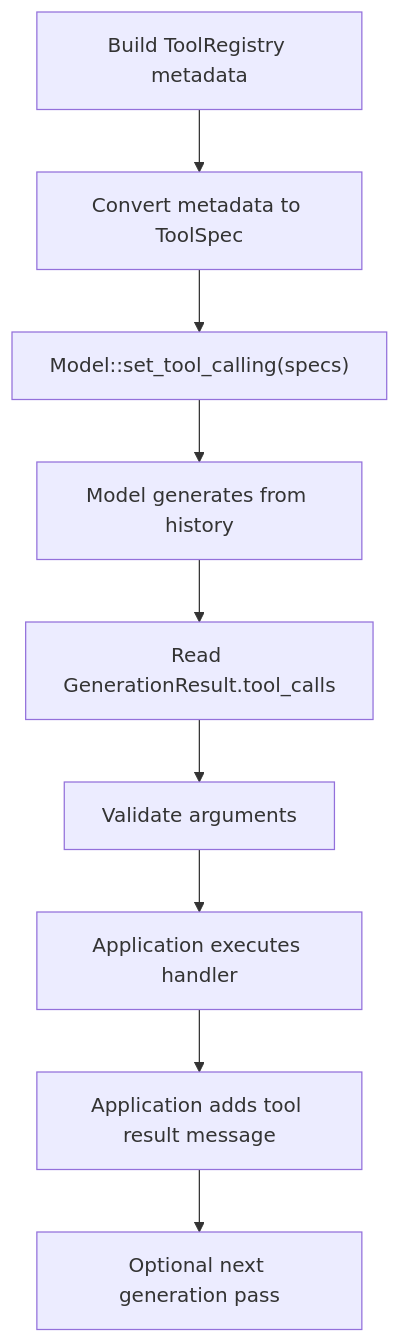
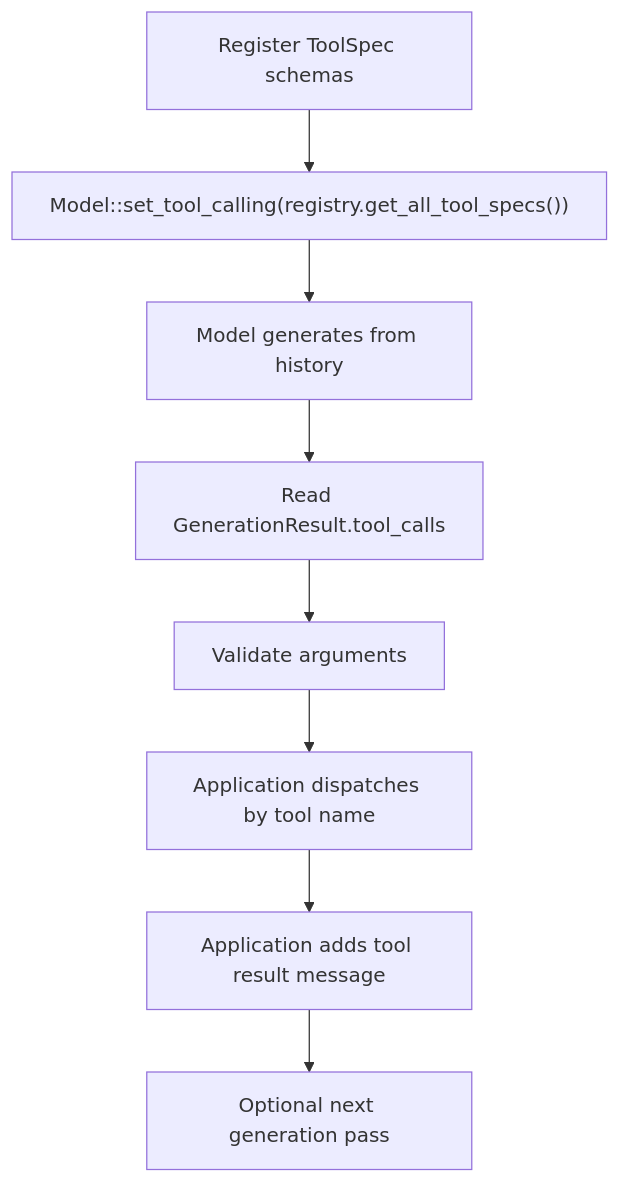
The diagram in docs/tools.md (crybo-rybo/zoo-keeper), drawn with Mermaid before and after one commit. The commit also changed other lines of this file and 20 other files, not shown here.

````diff
--- a/docs/tools.md
+++ b/docs/tools.md
@@ -10,14 +11,13 @@
 ```mermaid
 flowchart TD
-    REG["Build ToolRegistry metadata"]
-    SPEC["Convert metadata to ToolSpec"]
-    MODEL["Model::set_tool_calling(specs)"]
+    REG["Register ToolSpec schemas"]
+    MODEL["Model::set_tool_calling(registry.get_all_tool_specs())"]
     GEN["Model generates from history"]
     PARSE["Read GenerationResult.tool_calls"]
     VAL["Validate arguments"]
-    EXEC["Application executes handler"]
+    EXEC["Application dispatches by tool name"]
     ADD["Application adds tool result message"]
     NEXT["Optional next generation pass"]
 
-    REG --> SPEC --> MODEL --> GEN --> PARSE --> VAL --> EXEC --> ADD --> NEXT
+    REG --> MODEL --> GEN --> PARSE --> VAL --> EXEC --> ADD --> NEXT
 ```
````
